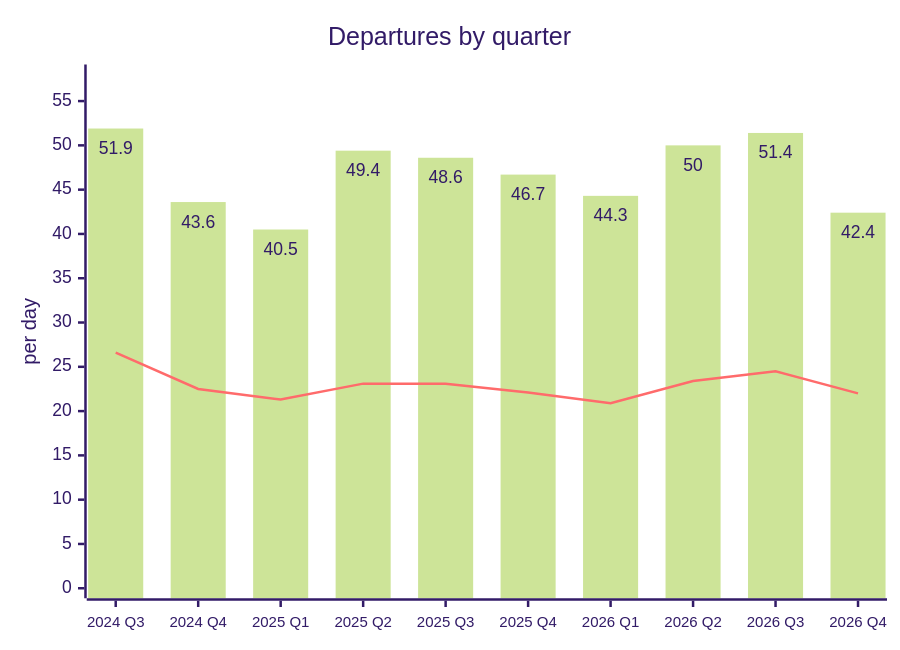
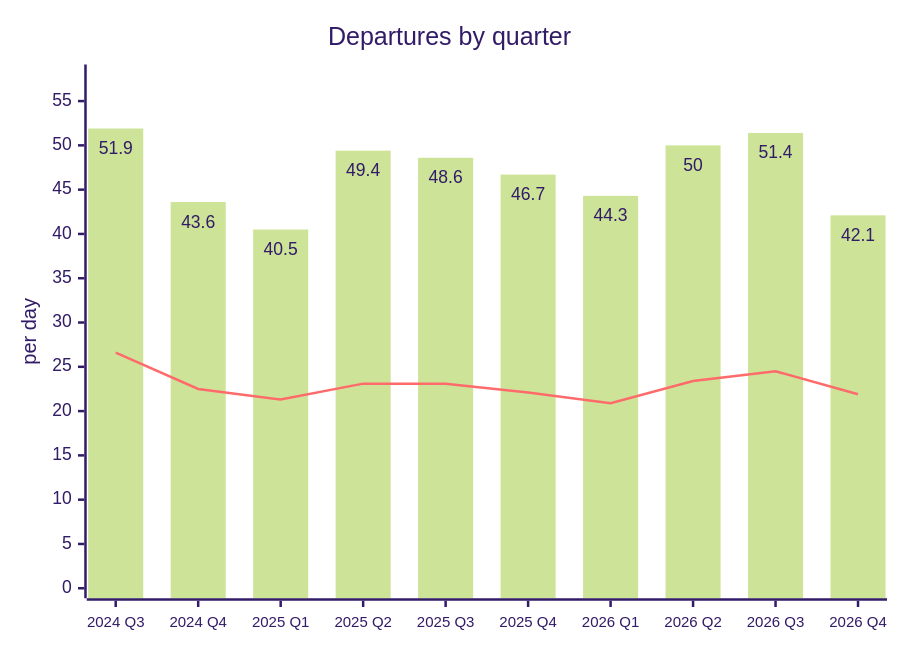
The second of 2 diagrams in README.md (rainermesi/tll-airport-departures), drawn with Mermaid (forest theme) before and after one commit. The commit also changed other lines of this file and 3 other files, not shown here.

````diff
--- a/README.md
+++ b/README.md
@@ -82,15 +82,15 @@
 ```mermaid
 ---
 config:
   xyChart:
     showDataLabel: true
     xAxis:
       labelFontSize: 12
 ---
 xychart-beta
     title "Departures by quarter"
     x-axis ["2024 Q3", "2024 Q4", "2025 Q1", "2025 Q2", "2025 Q3", "2025 Q4", "2026 Q1", "2026 Q2", "2026 Q3", "2026 Q4"]
     y-axis "per day" 0 --> 58
-    bar [51.9, 43.6, 40.5, 49.4, 48.6, 46.7, 44.3, 50.0, 51.4, 42.4]
-    line [26.6, 22.5, 21.3, 23.1, 23.1, 22.1, 20.9, 23.4, 24.5, 22.0]
+    bar [51.9, 43.6, 40.5, 49.4, 48.6, 46.7, 44.3, 50.0, 51.4, 42.1]
+    line [26.6, 22.5, 21.3, 23.1, 23.1, 22.1, 20.9, 23.4, 24.5, 21.9]
 ```
````
